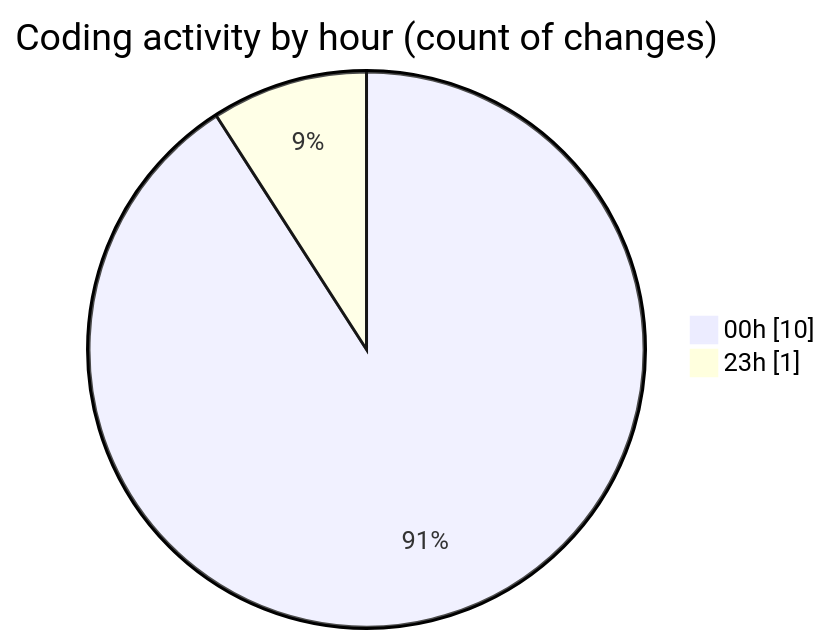
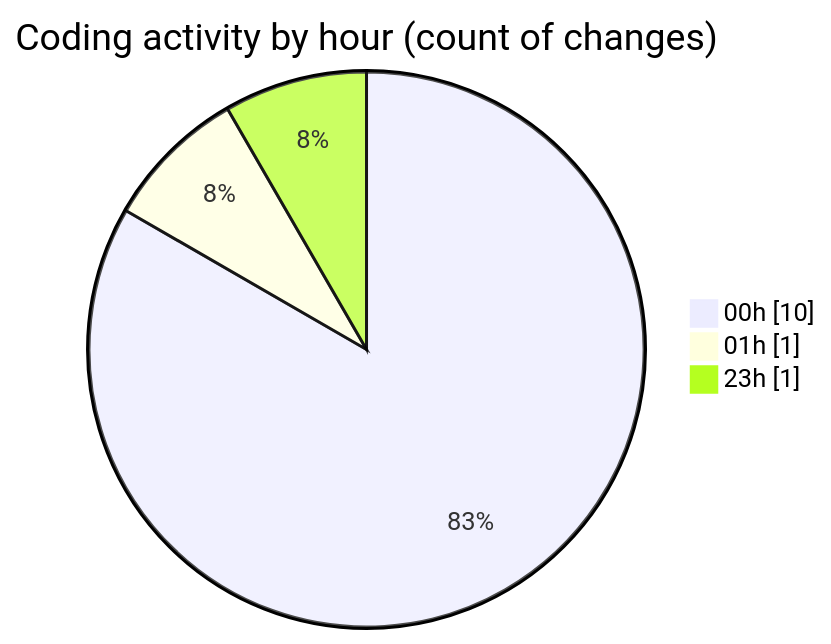
Before and after one commit to tmsrecording-cyber/code-tracking: the second of 2 diagrams in 2026-02-09/singularitybrainai/README.md, drawn with Mermaid. The commit also changed other lines of this file and 1 other file, not shown here.

````diff
--- a/2026-02-09/singularitybrainai/README.md
+++ b/2026-02-09/singularitybrainai/README.md
@@ -29,6 +29,7 @@
 ```mermaid
 pie showData
 title Coding activity by hour (count of changes)
 "00h" : 10
+"01h" : 1
 "23h" : 1
 ```
````
